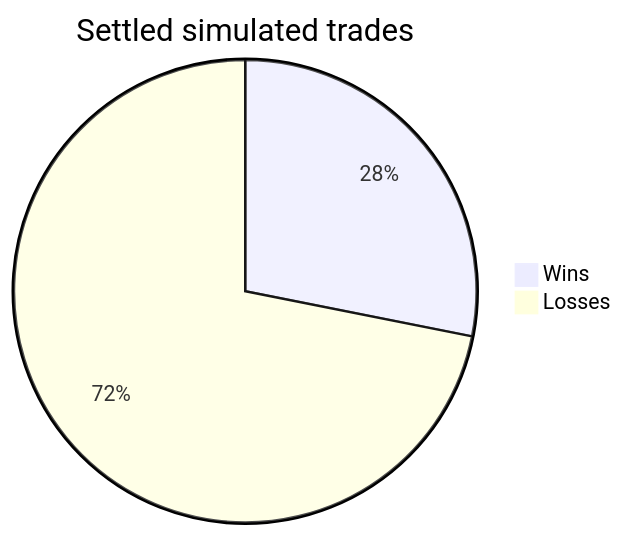
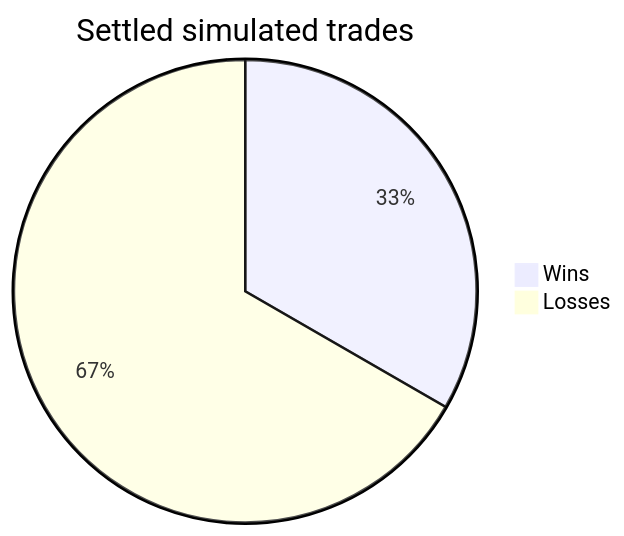
One commit to cheeseonamonkey/PaperLab changed the diagram in docs/bots/brti_distance.md. Above: the diagram before and after it, drawn with Mermaid. The commit also changed other lines of this file and 34 other files, not shown here.

````diff
--- a/docs/bots/brti_distance.md
+++ b/docs/bots/brti_distance.md
@@ -22,5 +22,5 @@
 ```mermaid
 pie title Settled simulated trades
-    "Wins" : 9
-    "Losses" : 23
+    "Wins" : 12
+    "Losses" : 24
 ```
````
